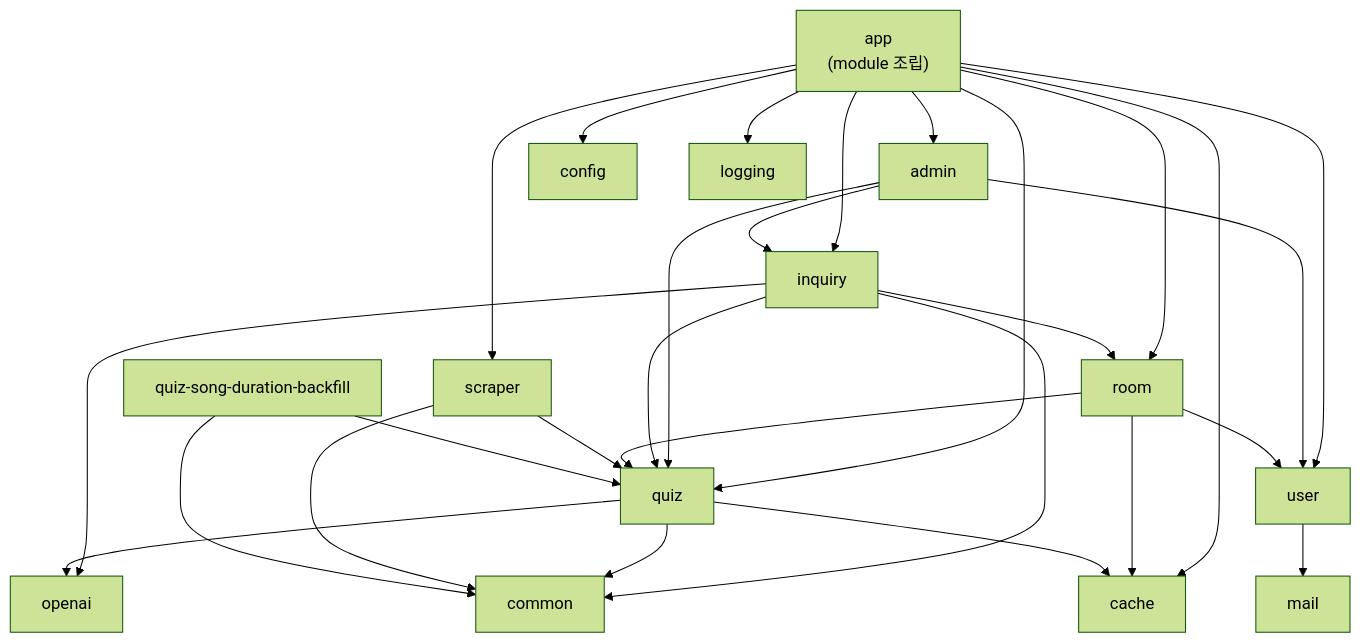
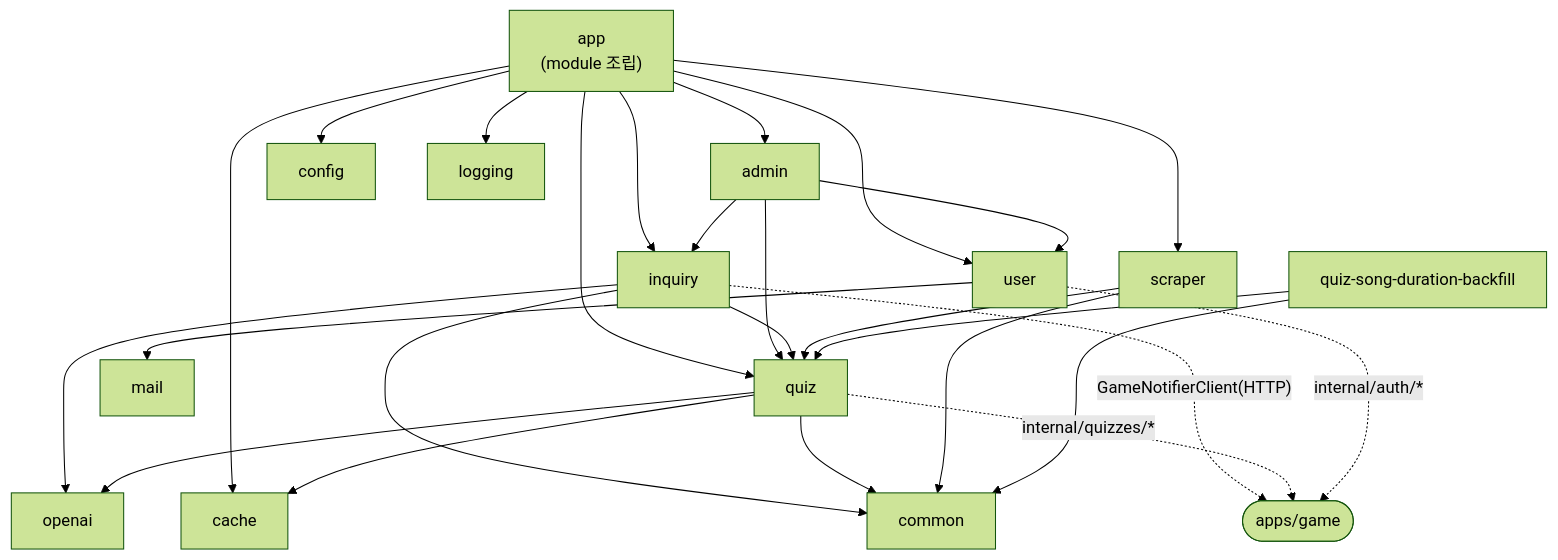
Before and after one commit to erjin-lee/song-quiz: the second of 3 diagrams in ARCHITECTURE.md, drawn with Mermaid (forest theme). The commit also changed other lines of this file and 82 other files, not shown here.

First line of the commit message:
refactor(api,game): room 도메인을 apps/game 독립 서비스로 분리

````diff
--- a/ARCHITECTURE.md
+++ b/ARCHITECTURE.md
@@ -33,52 +39,49 @@
 ```mermaid
 graph TD
   app["app<br/>(module 조립)"]
   admin["admin"]
   inquiry["inquiry"]
   quiz["quiz"]
-  room["room"]
+  user["user"]
   scraper["scraper"]
-  user["user"]
   openai["openai"]
   cache["cache"]
   mail["mail"]
   common["common"]
   config["config"]
   logging["logging"]
   backfill["quiz-song-duration-backfill"]
 
   app --> admin
   app --> cache
   app --> config
   app --> inquiry
   app --> logging
   app --> quiz
-  app --> room
   app --> scraper
   app --> user
 
   admin --> inquiry
   admin --> quiz
   admin --> user
 
-  inquiry --> room
   inquiry --> quiz
   inquiry --> openai
   inquiry --> common
-
-  room --> quiz
-  room --> user
-  room --> cache
+  inquiry -. "GameNotifierClient(HTTP)" .-> gameService(["apps/game"])
 
   quiz --> openai
   quiz --> cache
   quiz --> common
+  quiz -. "internal/quizzes/*" .-> gameService
+
+  user -. "internal/auth/*" .-> gameService
 
   scraper --> quiz
   scraper --> common
 
   user --> mail
 
   backfill --> quiz
   backfill --> common
 ```
````
